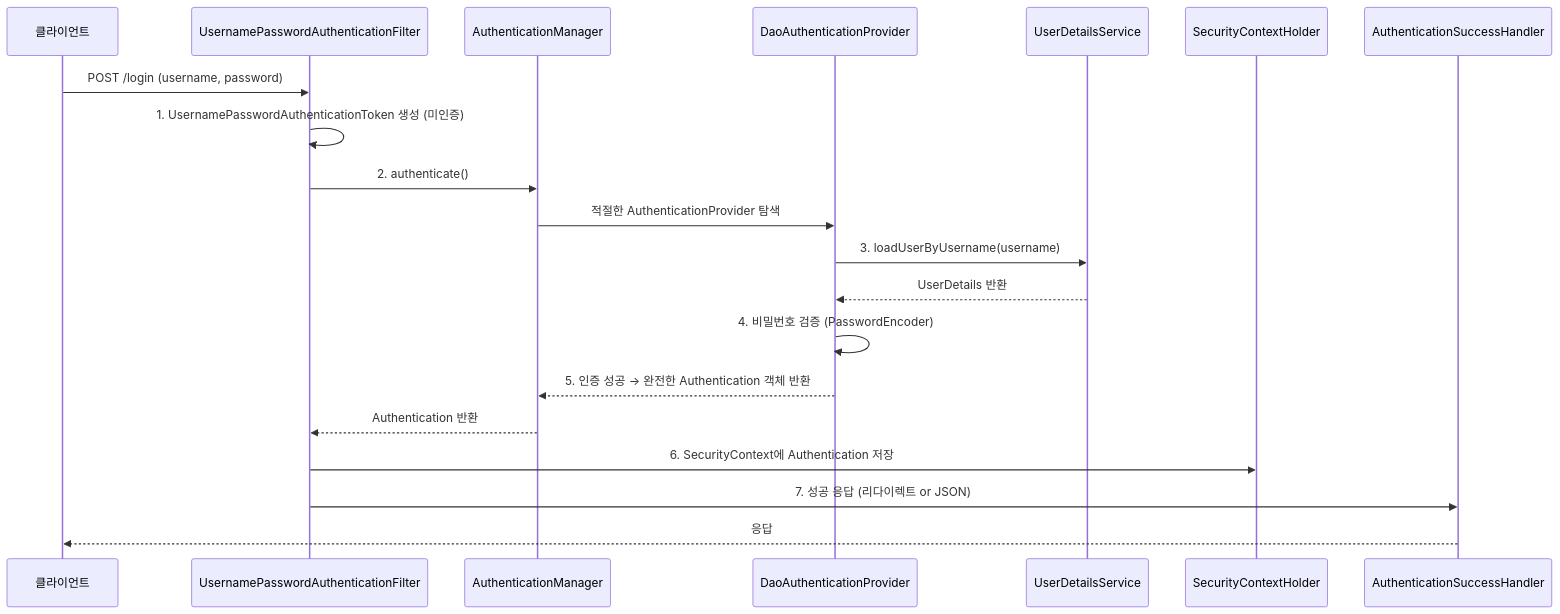
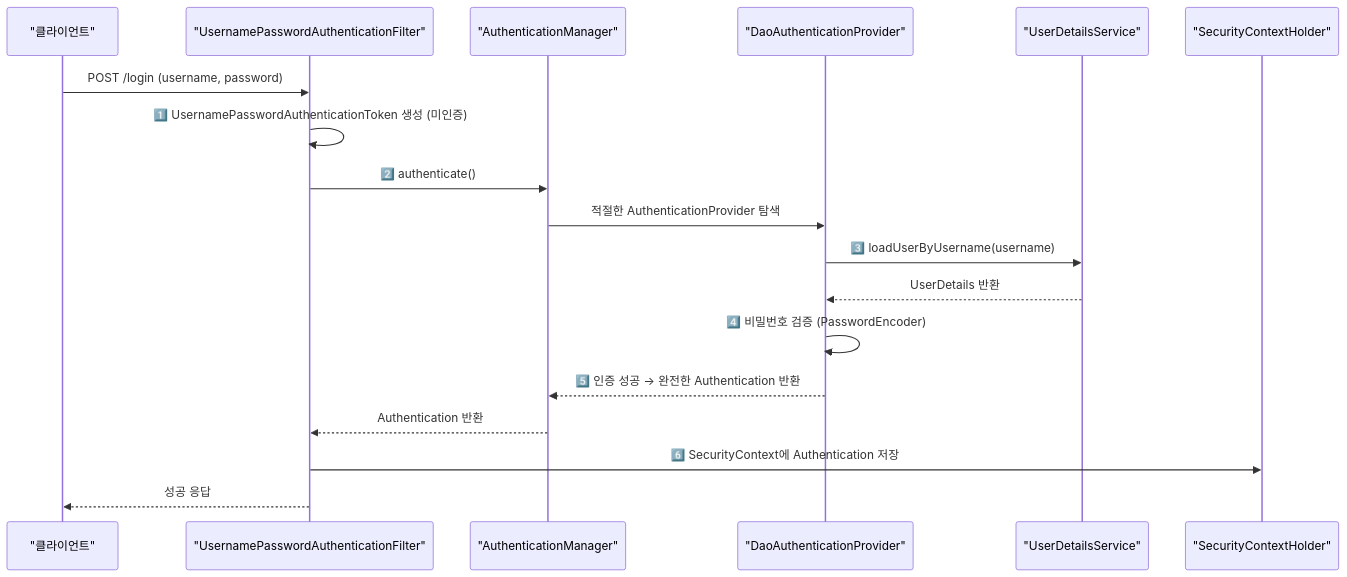
One commit to yjkim2015/yjkim2015.github.io changed the second of 5 diagrams in _posts/spring/2026-05-01-spring-security-architecture.md. Above: the diagram before and after it, drawn with Mermaid. The commit also changed other lines of this file and 34 other files, not shown here.

First line of the commit message:
Full quality pass: 41 files — ASCII removed, 동작원리 보강, diagrams

```diff
--- a/_posts/spring/2026-05-01-spring-security-architecture.md
+++ b/_posts/spring/2026-05-01-spring-security-architecture.md
@@ -103,23 +100,21 @@
 <div class="mermaid">
 sequenceDiagram
-    participant C as 클라이언트
-    participant F as UsernamePasswordAuthenticationFilter
-    participant AM as AuthenticationManager
-    participant AP as DaoAuthenticationProvider
-    participant UDS as UserDetailsService
-    participant SC as SecurityContextHolder
-    participant SH as AuthenticationSuccessHandler
+    participant C as "클라이언트"
+    participant F as "UsernamePasswordAuthenticationFilter"
+    participant AM as "AuthenticationManager"
+    participant AP as "DaoAuthenticationProvider"
+    participant UDS as "UserDetailsService"
+    participant SC as "SecurityContextHolder"
 
     C->>F: POST /login (username, password)
-    F->>F: 1. UsernamePasswordAuthenticationToken 생성 (미인증)
-    F->>AM: 2. authenticate()
+    F->>F: 1️⃣ UsernamePasswordAuthenticationToken 생성 (미인증)
+    F->>AM: 2️⃣ authenticate()
     AM->>AP: 적절한 AuthenticationProvider 탐색
-    AP->>UDS: 3. loadUserByUsername(username)
+    AP->>UDS: 3️⃣ loadUserByUsername(username)
     UDS-->>AP: UserDetails 반환
-    AP->>AP: 4. 비밀번호 검증 (PasswordEncoder)
-    AP-->>AM: 5. 인증 성공 → 완전한 Authentication 객체 반환
+    AP->>AP: 4️⃣ 비밀번호 검증 (PasswordEncoder)
+    AP-->>AM: 5️⃣ 인증 성공 → 완전한 Authentication 반환
     AM-->>F: Authentication 반환
-    F->>SC: 6. SecurityContext에 Authentication 저장
-    F->>SH: 7. 성공 응답 (리다이렉트 or JSON)
-    SH-->>C: 응답
+    F->>SC: 6️⃣ SecurityContext에 Authentication 저장
+    F-->>C: 성공 응답
 </div>
```
